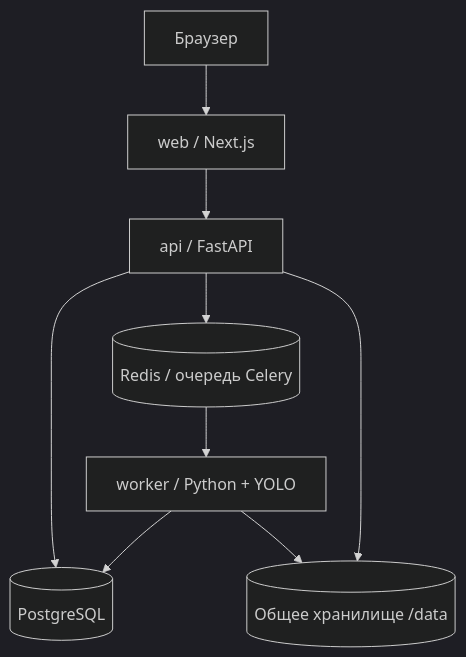
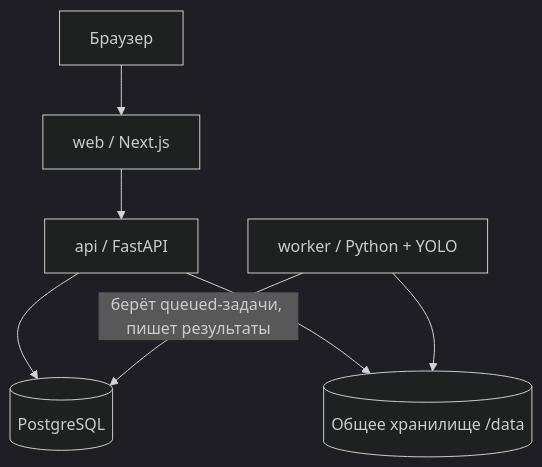
The diagram in docs/architecture.md (asylbarakov/LineSight-AI), drawn with Mermaid (dark theme) before and after one commit. The commit also changed other lines of this file and 21 other files, not shown here.

````diff
--- a/docs/architecture.md
+++ b/docs/architecture.md
@@ -5,11 +5,9 @@
 ```mermaid
 flowchart TD
   Browser[Браузер] --> Web[web / Next.js]
   Web --> API[api / FastAPI]
   API --> DB[(PostgreSQL)]
-  API --> Redis[(Redis / очередь Celery)]
-  Redis --> Worker[worker / Python + YOLO]
-  Worker --> DB
+  Worker[worker / Python + YOLO] -->|берёт queued-задачи, пишет результаты| DB
   API --> Media[(Общее хранилище /data)]
   Worker --> Media
 ```
````
